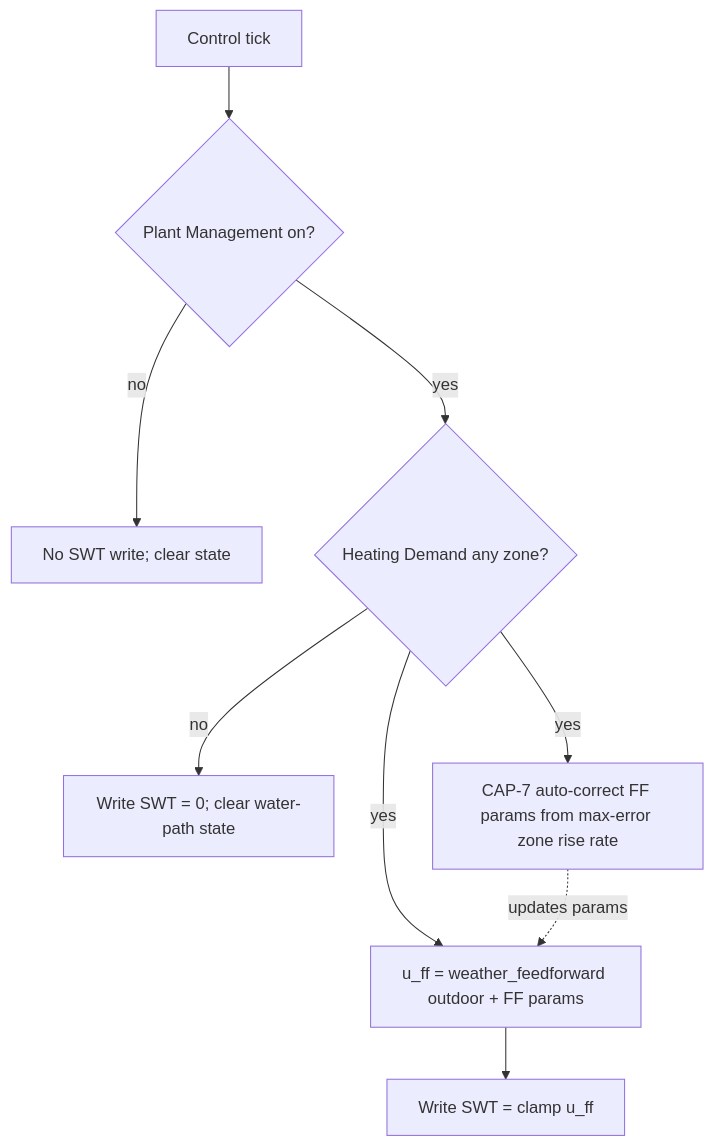
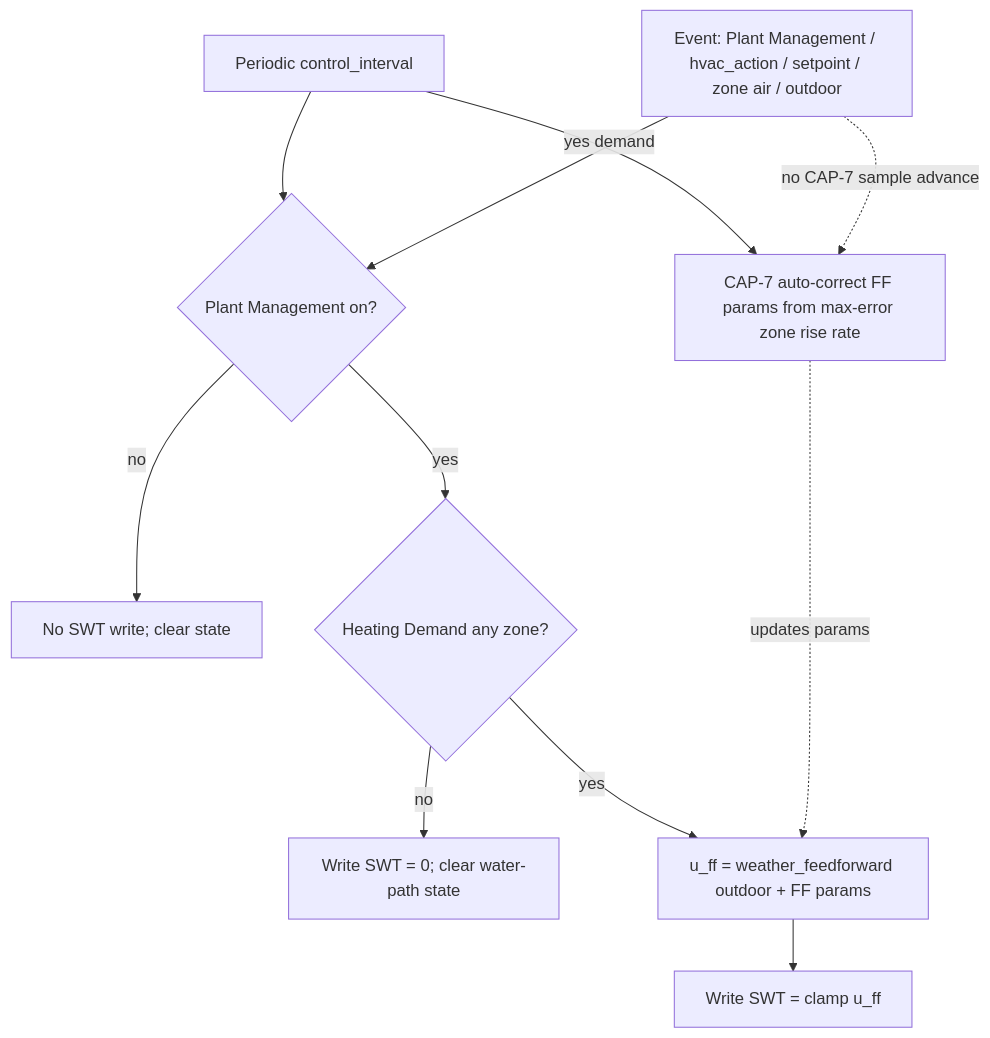
One commit to zhmachenkov-d/ha_smart_hvac changed the first of 2 diagrams in _bmad-output/initiative-weather-curve-zone-actuators/spec-weather-curve-swt-only/architecture-diagrams.md. Above: the diagram before and after it, drawn with Mermaid. The commit also changed 7 other files, not shown here.

````diff
--- a/_bmad-output/initiative-weather-curve-zone-actuators/spec-weather-curve-swt-only/architecture-diagrams.md
+++ b/_bmad-output/initiative-weather-curve-zone-actuators/spec-weather-curve-swt-only/architecture-diagrams.md
@@ -5,17 +5,20 @@
 ```mermaid
 flowchart TD
-  tick[Control tick]
+  periodic[Periodic control_interval]
+  events[Event: Plant Management / hvac_action / setpoint / zone air / outdoor]
   pm{Plant Management on?}
   hands[No SWT write; clear state]
   demand{Heating Demand any zone?}
   zero[Write SWT = 0; clear water-path state]
   ff[u_ff = weather_feedforward outdoor + FF params]
   clamp[Write SWT = clamp u_ff]
   ac[CAP-7 auto-correct FF params from max-error zone rise rate]
-  tick --> pm
+  periodic --> pm
+  events --> pm
   pm -->|no| hands
   pm -->|yes| demand
   demand -->|no| zero
   demand -->|yes| ff --> clamp
-  demand -->|yes| ac -.->|updates params| ff
+  periodic -->|yes demand| ac -.->|updates params| ff
+  events -.->|no CAP-7 sample advance| ac
 ```
````
